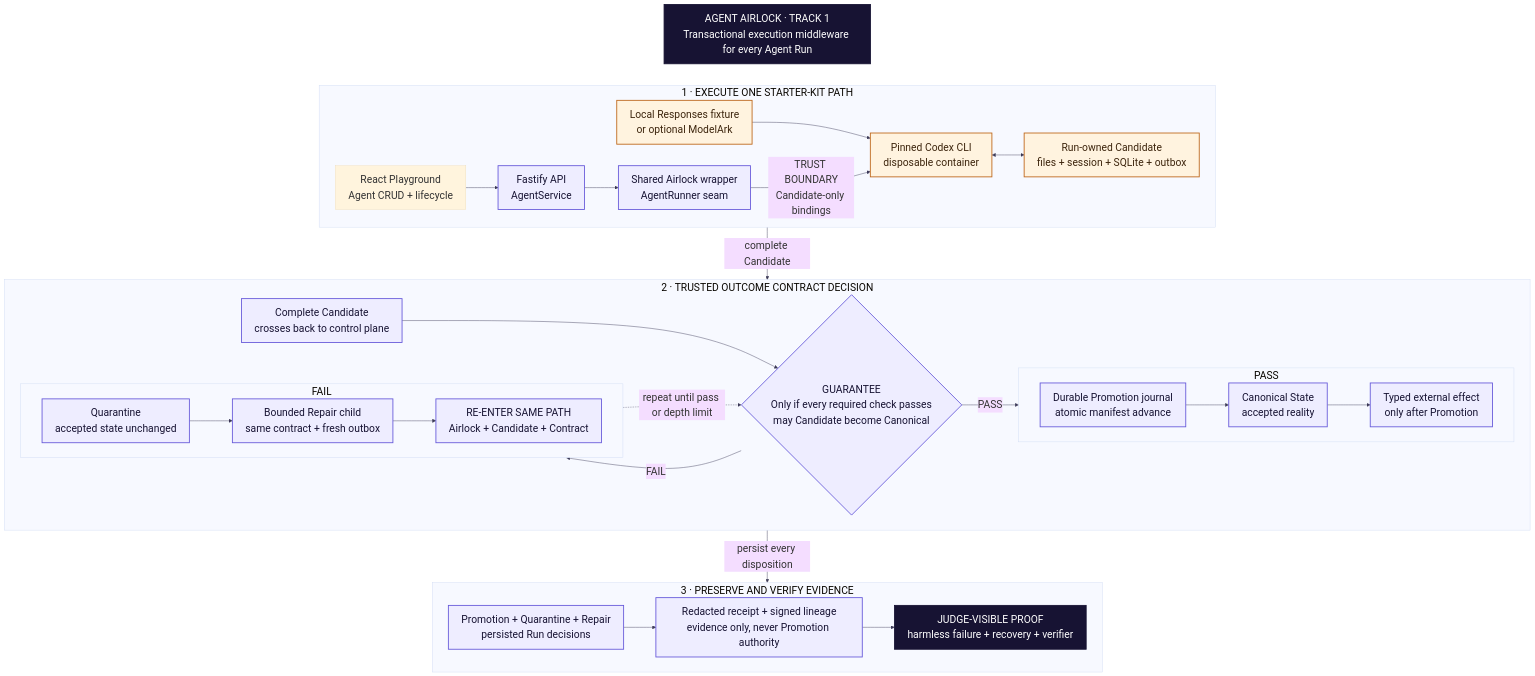
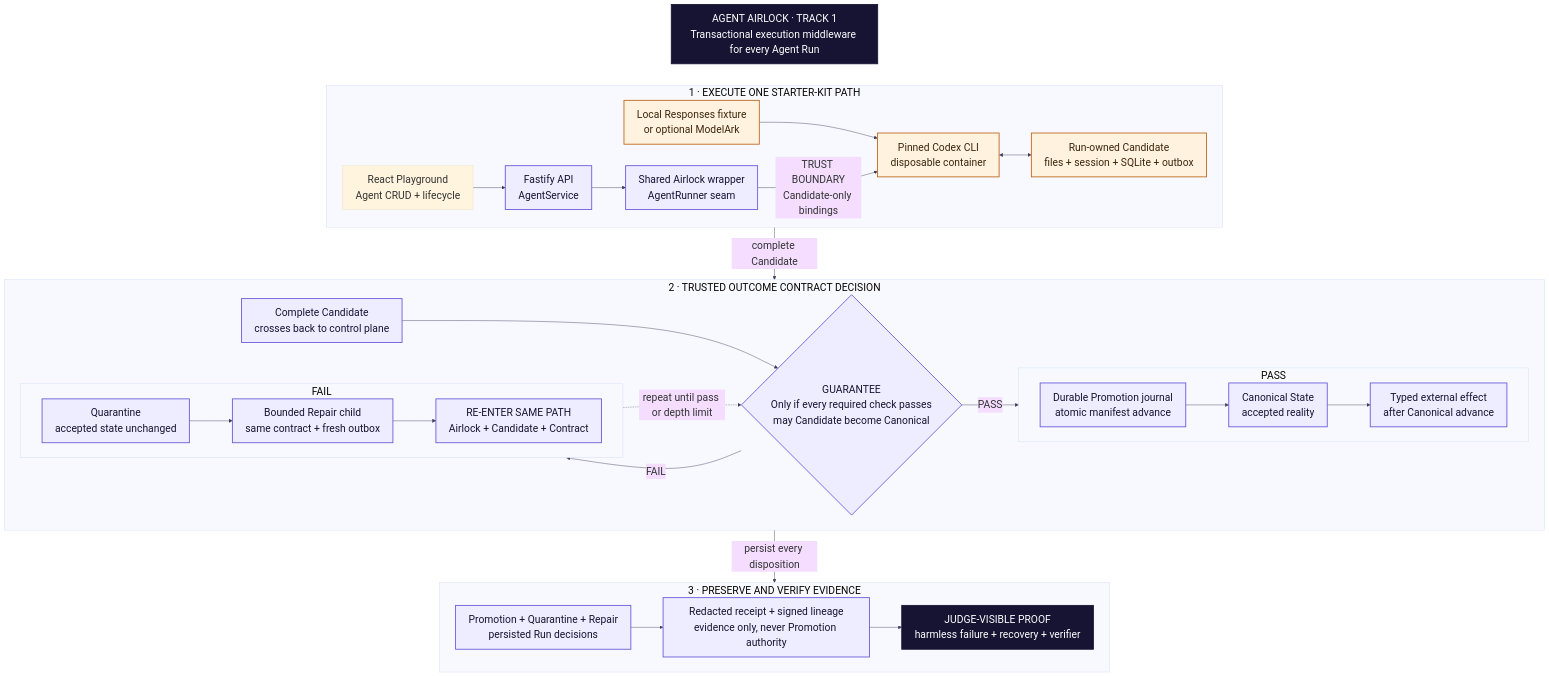
One commit to Kk120306/agent-airlock changed the diagram in docs/demo/architecture-one-page.md. Above: the diagram before and after it, drawn with Mermaid. The commit also changed 99 other files, not shown here.

````diff
--- a/docs/demo/architecture-one-page.md
+++ b/docs/demo/architecture-one-page.md
@@ -16,64 +16,64 @@
 ```mermaid
 %%{init: {"theme": "base", "flowchart": {"wrappingWidth": 420}, "themeVariables": {"fontSize": "24px", "lineColor": "#3c3a58"}}}%%
 flowchart TB
     Title["AGENT AIRLOCK · TRACK 1<br/>Transactional execution middleware for every Agent Run"]
 
     subgraph Execute["1 · EXECUTE ONE STARTER-KIT PATH"]
         direction LR
         UI["React Playground<br/>Agent CRUD + lifecycle"]
         API["Fastify API<br/>AgentService"]
         Airlock["Shared Airlock wrapper<br/>AgentRunner seam"]
         Inference["Local Responses fixture<br/>or optional ModelArk"]
         Runtime["Pinned Codex CLI<br/>disposable container"]
         Candidate["Run-owned Candidate<br/>files + session + SQLite + outbox"]
 
         UI --> API --> Airlock
         Inference --> Runtime
         Airlock -->|TRUST BOUNDARY<br/>Candidate-only bindings| Runtime
         Runtime <--> Candidate
     end
 
     subgraph Decision["2 · TRUSTED OUTCOME CONTRACT DECISION"]
         direction LR
         Complete["Complete Candidate<br/>crosses back to control plane"]
         Contract{"GUARANTEE<br/>Only if every required check passes<br/>may Candidate become Canonical"}
         subgraph PassLane["PASS"]
             direction LR
             Promote["Durable Promotion journal<br/>atomic manifest advance"]
             Canonical["Canonical State<br/>accepted reality"]
-            Effect["Typed external effect<br/>only after Promotion"]
+            Effect["Typed external effect<br/>after Canonical advance"]
             Promote --> Canonical --> Effect
         end
         subgraph FailLane["FAIL"]
             direction LR
             Quarantine["Quarantine<br/>accepted state unchanged"]
             Repair["Bounded Repair child<br/>same contract + fresh outbox"]
             Reenter["RE-ENTER SAME PATH<br/>Airlock + Candidate + Contract"]
             Quarantine --> Repair --> Reenter
         end
 
         Complete --> Contract
         Contract -->|PASS| Promote
         Contract -->|FAIL| Quarantine
         Reenter -. "repeat until pass or depth limit" .-> Contract
     end
 
     subgraph Verify["3 · PRESERVE AND VERIFY EVIDENCE"]
         direction LR
         Decisions["Promotion + Quarantine + Repair<br/>persisted Run decisions"]
         Evidence["Redacted receipt + signed lineage<br/>evidence only, never Promotion authority"]
         Proof["JUDGE-VISIBLE PROOF<br/>harmless failure + recovery + verifier"]
         Decisions --> Evidence --> Proof
     end
 
     Title ~~~ Execute
     Execute -->|complete Candidate| Decision
     Decision -->|persist every disposition| Verify
 
     classDef trusted fill:#eeedff,stroke:#6558d9,color:#171333,stroke-width:2px;
     classDef untrusted fill:#fff3df,stroke:#bd6518,color:#3d250d,stroke-width:2px;
     classDef headline fill:#171333,stroke:#171333,color:#ffffff,stroke-width:2px;
     class API,Airlock,Complete,Contract,Promote,Canonical,Effect,Quarantine,Repair,Reenter,Decisions,Evidence trusted;
     class Inference,Runtime,Candidate untrusted;
     class Title,Proof headline;
 ```
````
